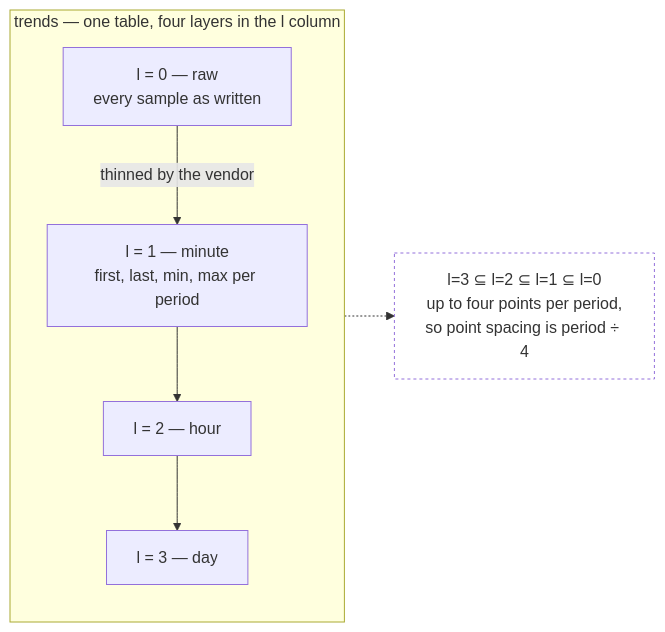
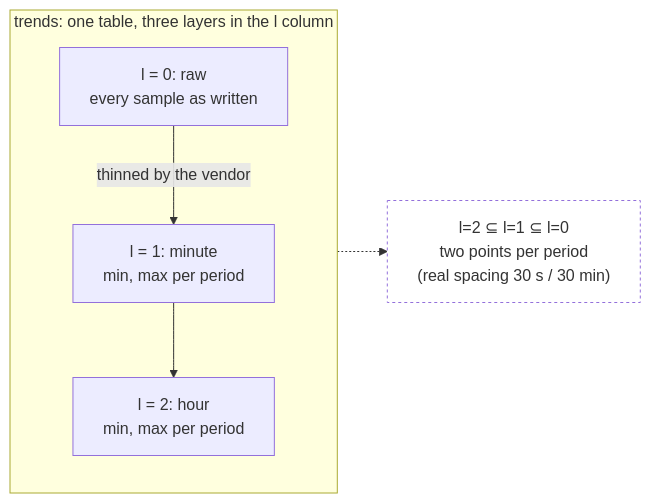
The second of 5 diagrams in docs/architecture/postgres-topology.md (Semiteq/SemiPlot), drawn with Mermaid before and after one commit. The commit also changed other lines of this file and 50 other files, not shown here.

````diff
--- a/docs/architecture/postgres-topology.md
+++ b/docs/architecture/postgres-topology.md
@@ -67,19 +68,17 @@
 ```mermaid
 flowchart LR
-    subgraph t["trends — one table, four layers in the l column"]
+    subgraph t["trends: one table, three layers in the l column"]
         direction TB
-        l0["l = 0 — raw<br/>every sample as written"]
-        l1["l = 1 — minute<br/>first, last, min, max per period"]
-        l2["l = 2 — hour"]
-        l3["l = 3 — day"]
+        l0["l = 0: raw<br/>every sample as written"]
+        l1["l = 1: minute<br/>min, max per period"]
+        l2["l = 2: hour<br/>min, max per period"]
     end
 
     l0 -- "thinned by the vendor" --> l1
     l1 --> l2
-    l2 --> l3
 
-    note["l=3 ⊆ l=2 ⊆ l=1 ⊆ l=0<br/>up to four points per period,<br/>so point spacing is period ÷ 4"]
-    l3 -.-> note
+    note["l=2 ⊆ l=1 ⊆ l=0<br/>two points per period<br/>(real spacing 30 s / 30 min)"]
+    l2 -.-> note
 
     style note fill:none,stroke-dasharray:3 3
 ```
````
